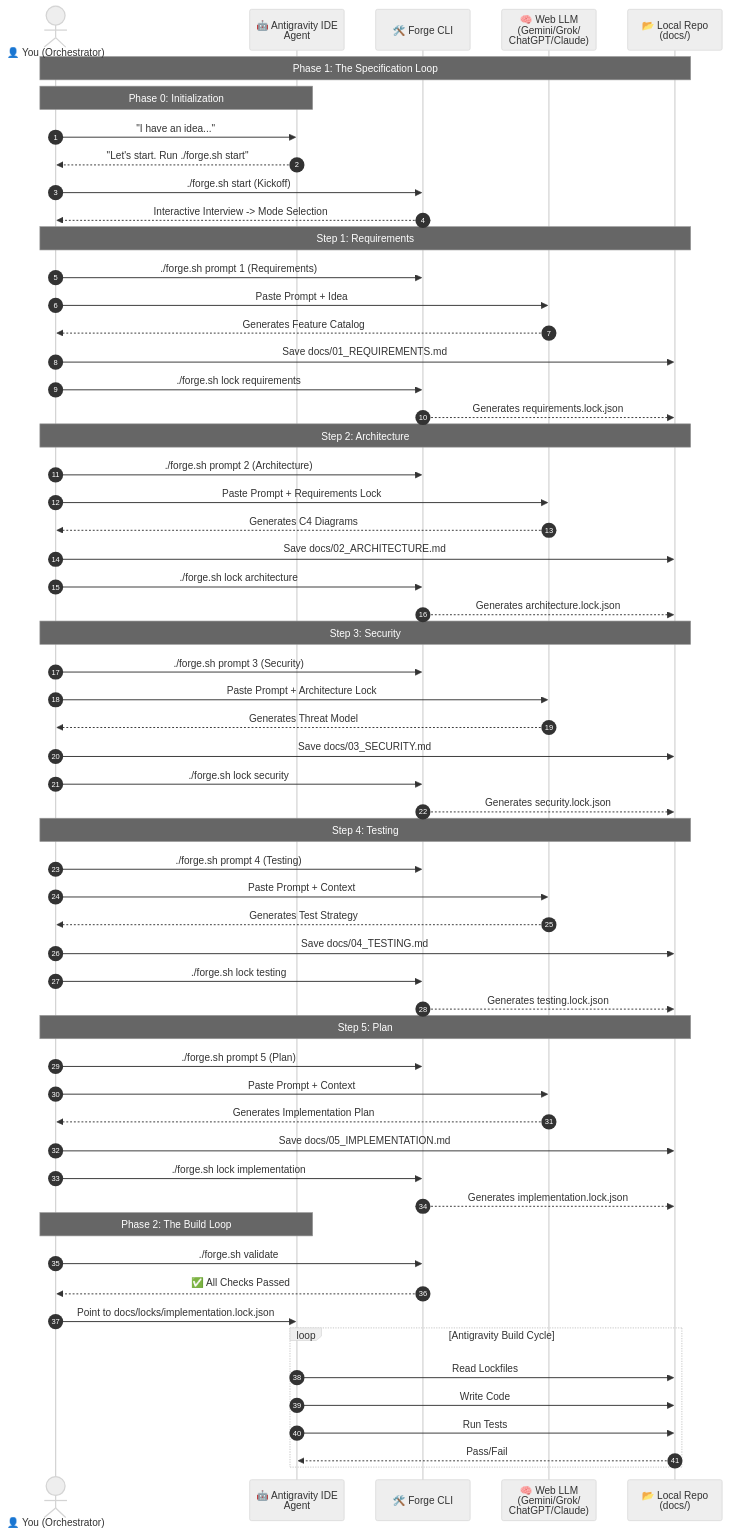
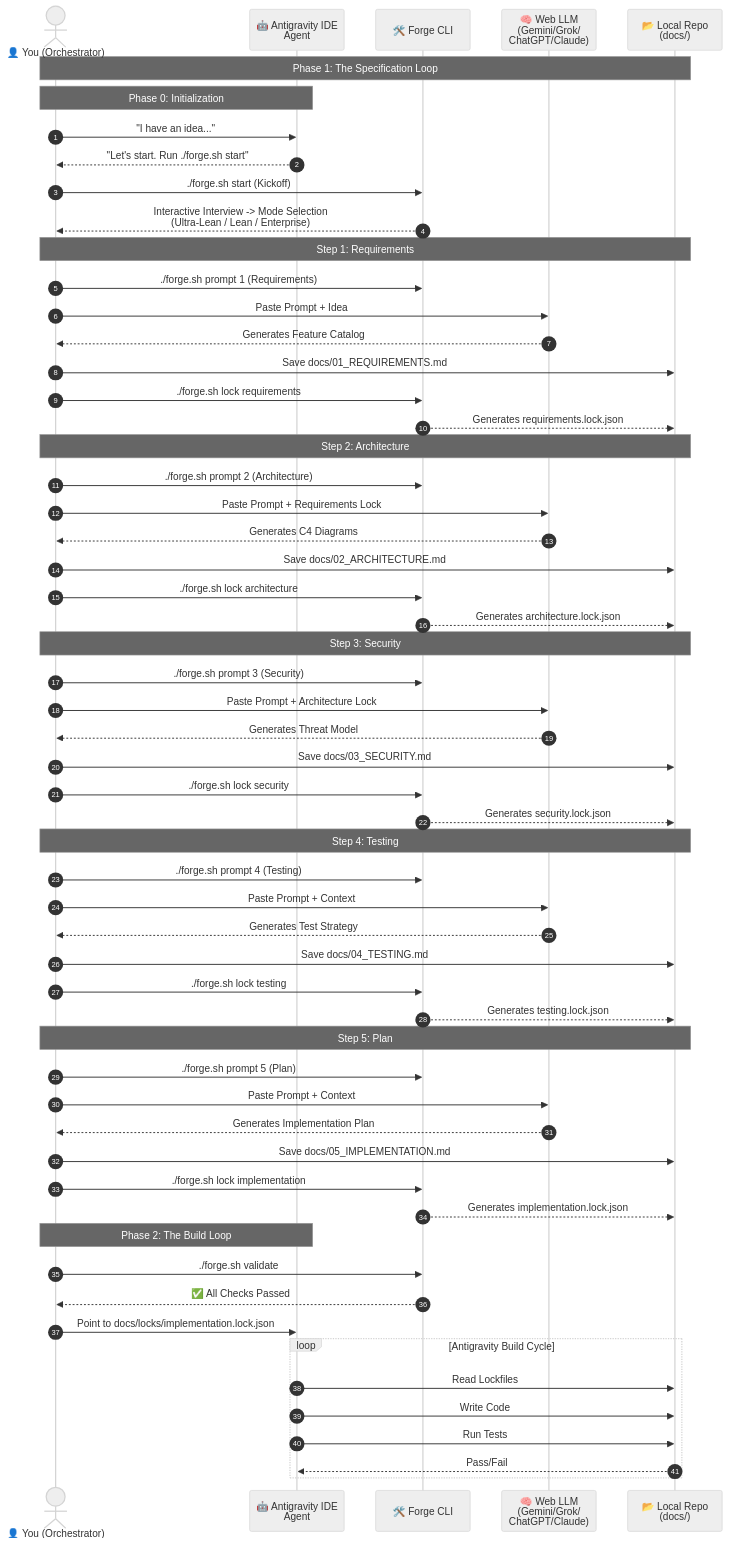
The diagram in diagrams/sequence_diagram(2.2).mermaid (richfrem/quantum-diamond-forge), drawn with Mermaid (neutral theme) before and after one commit.

Commit message:
docs: add mode details to sequence diagram

```diff
--- a/diagrams/sequence_diagram(2.2).mermaid
+++ b/diagrams/sequence_diagram(2.2).mermaid
@@ -1,70 +1,70 @@
 sequenceDiagram
     autonumber
     actor User as 👤 You (Orchestrator)
     participant Agent as 🤖 Antigravity IDE<BR> Agent
     participant CLI as 🛠️ Forge CLI
     participant WebAI as 🧠 Web LLM<BR>(Gemini/Grok/<BR>ChatGPT/Claude)
     participant Repo as 📂 Local Repo<BR>(docs/)
 
     Note over User, Repo: Phase 1: The Specification Loop
     
     Note over User, Agent: Phase 0: Initialization
     
     User->>Agent: "I have an idea..."
     Agent-->>User: "Let's start. Run ./forge.sh start"
     
     User->>CLI: ./forge.sh start (Kickoff)
-    CLI-->>User: Interactive Interview -> Mode Selection
+    CLI-->>User: Interactive Interview -> Mode Selection<br/>(Ultra-Lean / Lean / Enterprise)
     
     Note over User, Repo: Step 1: Requirements
     User->>CLI: ./forge.sh prompt 1 (Requirements)
     User->>WebAI: Paste Prompt + Idea
     WebAI-->>User: Generates Feature Catalog
     User->>Repo: Save docs/01_REQUIREMENTS.md
     User->>CLI: ./forge.sh lock requirements
     CLI-->>Repo: Generates requirements.lock.json
     
     Note over User, Repo: Step 2: Architecture
     User->>CLI: ./forge.sh prompt 2 (Architecture)
     User->>WebAI: Paste Prompt + Requirements Lock
     WebAI-->>User: Generates C4 Diagrams
     User->>Repo: Save docs/02_ARCHITECTURE.md
     User->>CLI: ./forge.sh lock architecture
     CLI-->>Repo: Generates architecture.lock.json
     
     Note over User, Repo: Step 3: Security
     User->>CLI: ./forge.sh prompt 3 (Security)
     User->>WebAI: Paste Prompt + Architecture Lock
     WebAI-->>User: Generates Threat Model
     User->>Repo: Save docs/03_SECURITY.md
     User->>CLI: ./forge.sh lock security
     CLI-->>Repo: Generates security.lock.json
     
     Note over User, Repo: Step 4: Testing
     User->>CLI: ./forge.sh prompt 4 (Testing)
     User->>WebAI: Paste Prompt + Context
     WebAI-->>User: Generates Test Strategy
     User->>Repo: Save docs/04_TESTING.md
     User->>CLI: ./forge.sh lock testing
     CLI-->>Repo: Generates testing.lock.json
     
     Note over User, Repo: Step 5: Plan
     User->>CLI: ./forge.sh prompt 5 (Plan)
     User->>WebAI: Paste Prompt + Context
     WebAI-->>User: Generates Implementation Plan
     User->>Repo: Save docs/05_IMPLEMENTATION.md
     User->>CLI: ./forge.sh lock implementation
     CLI-->>Repo: Generates implementation.lock.json
     
     Note over User, Agent: Phase 2: The Build Loop
     
     User->>CLI: ./forge.sh validate
     CLI-->>User: ✅ All Checks Passed
     
     User->>Agent: Point to docs/locks/implementation.lock.json
     loop Antigravity Build Cycle
         Agent->>Repo: Read Lockfiles
         Agent->>Repo: Write Code
         Agent->>Repo: Run Tests
         Repo-->>Agent: Pass/Fail
     end
```
